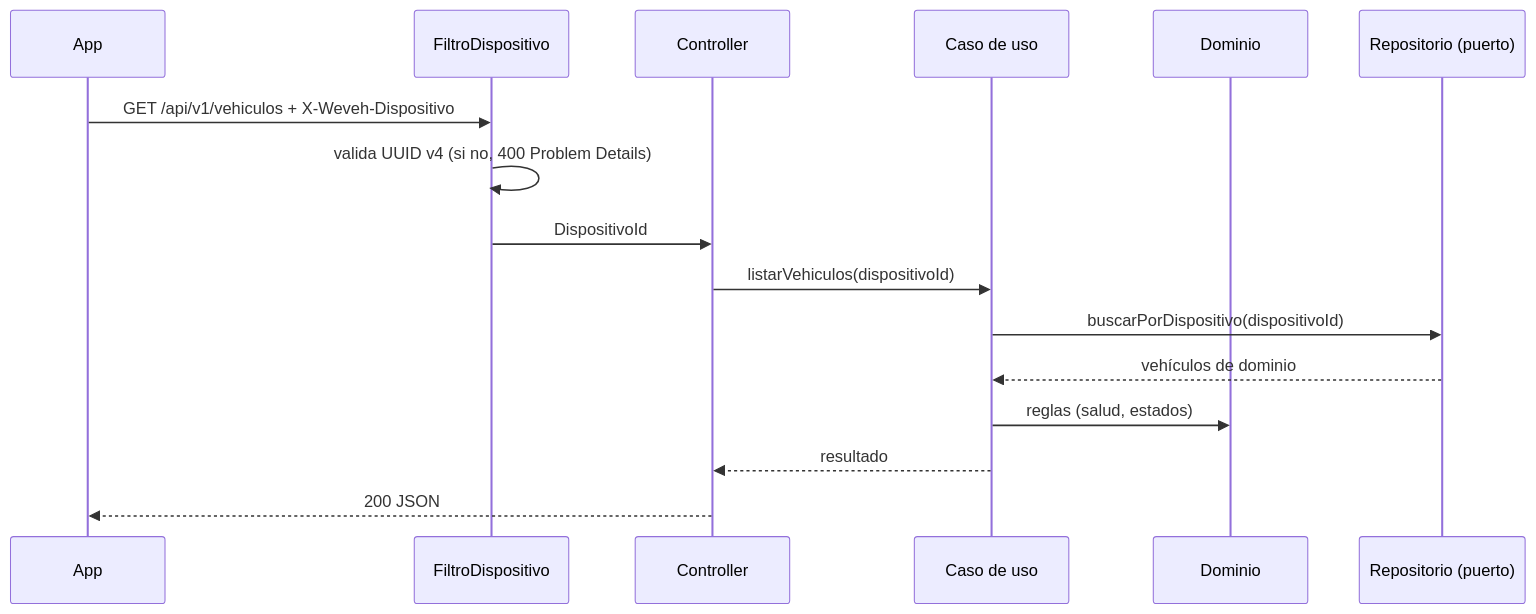
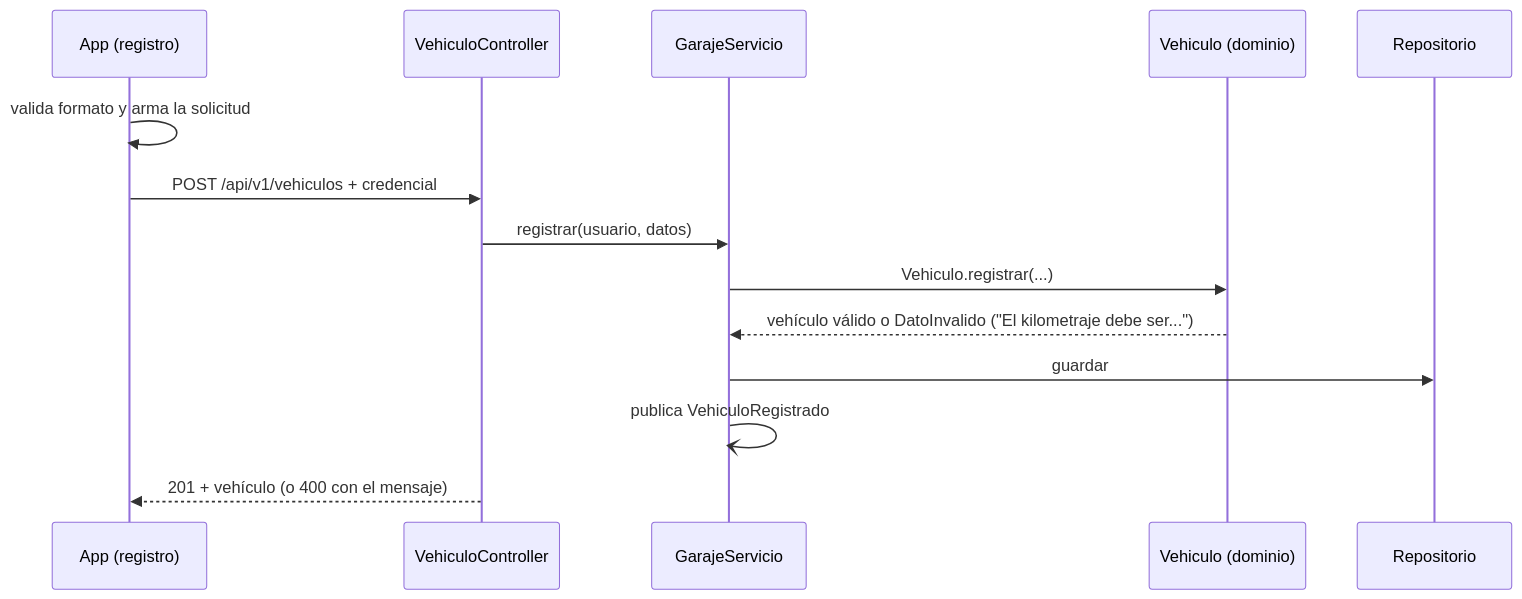
Before and after one commit to PaLuRoBu0809/WEVEH-CAR-ASSISTANT: the third of 4 diagrams in docs/arquitectura.md, drawn with Mermaid. The commit also changed other lines of this file and 2 other files, not shown here.

First line of the commit message:
docs: arquitectura con presente y futuro separados, modelo de datos y contrato de la API

````diff
--- a/docs/arquitectura.md
+++ b/docs/arquitectura.md
@@ -88,18 +141,16 @@
 ```mermaid
 sequenceDiagram
-  participant App
-  participant F as FiltroDispositivo
-  participant C as Controller
-  participant S as Caso de uso
-  participant D as Dominio
-  participant R as Repositorio (puerto)
-  App->>F: GET /api/v1/vehiculos + X-Weveh-Dispositivo
-  F->>F: valida UUID v4 (si no, 400 Problem Details)
-  F->>C: DispositivoId
-  C->>S: listarVehiculos(dispositivoId)
-  S->>R: buscarPorDispositivo(dispositivoId)
-  R-->>S: vehículos de dominio
-  S->>D: reglas (salud, estados)
-  S-->>C: resultado
-  C-->>App: 200 JSON
+  participant App as App (registro)
+  participant API as VehiculoController
+  participant S as GarajeServicio
+  participant D as Vehiculo (dominio)
+  participant R as Repositorio
+  App->>App: valida formato y arma la solicitud
+  App->>API: POST /api/v1/vehiculos + credencial
+  API->>S: registrar(usuario, datos)
+  S->>D: Vehiculo.registrar(...)
+  D-->>S: vehículo válido o DatoInvalido ("El kilometraje debe ser...")
+  S->>R: guardar
+  S-)S: publica VehiculoRegistrado
+  API-->>App: 201 + vehículo (o 400 con el mensaje)
 ```
````
